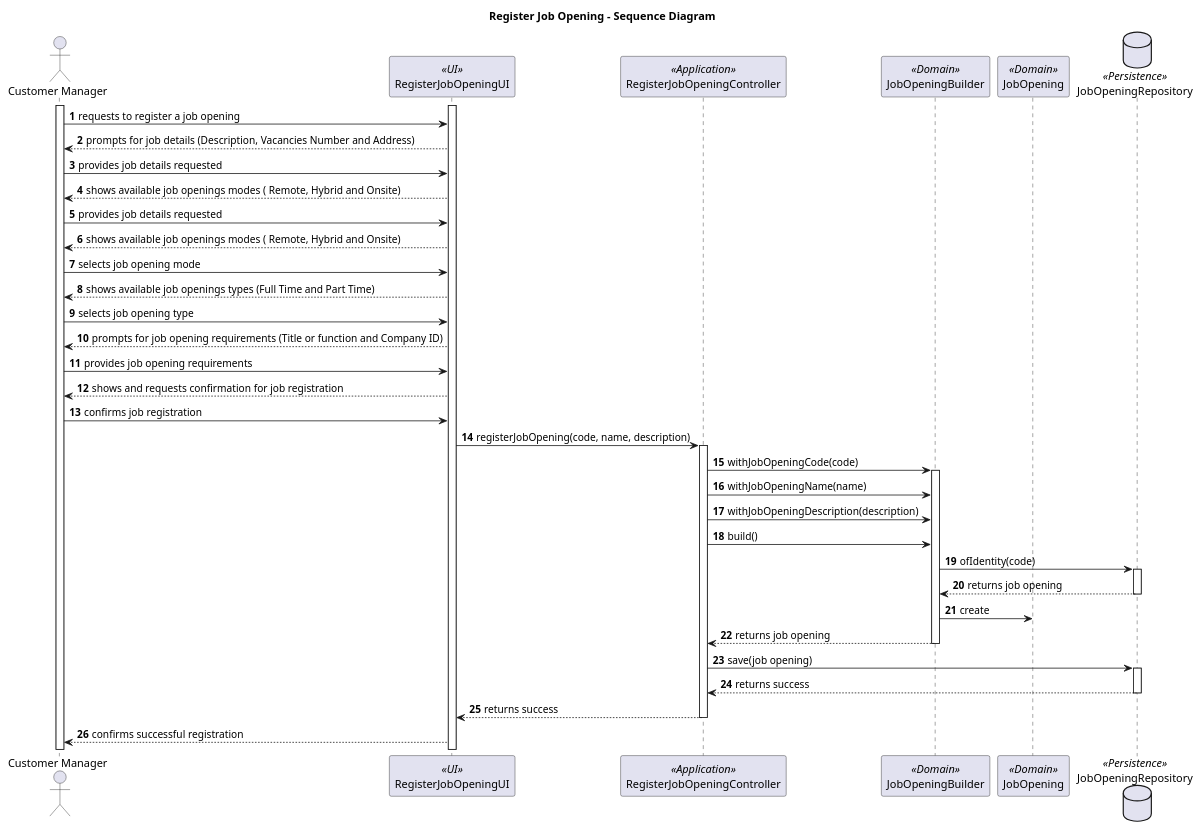
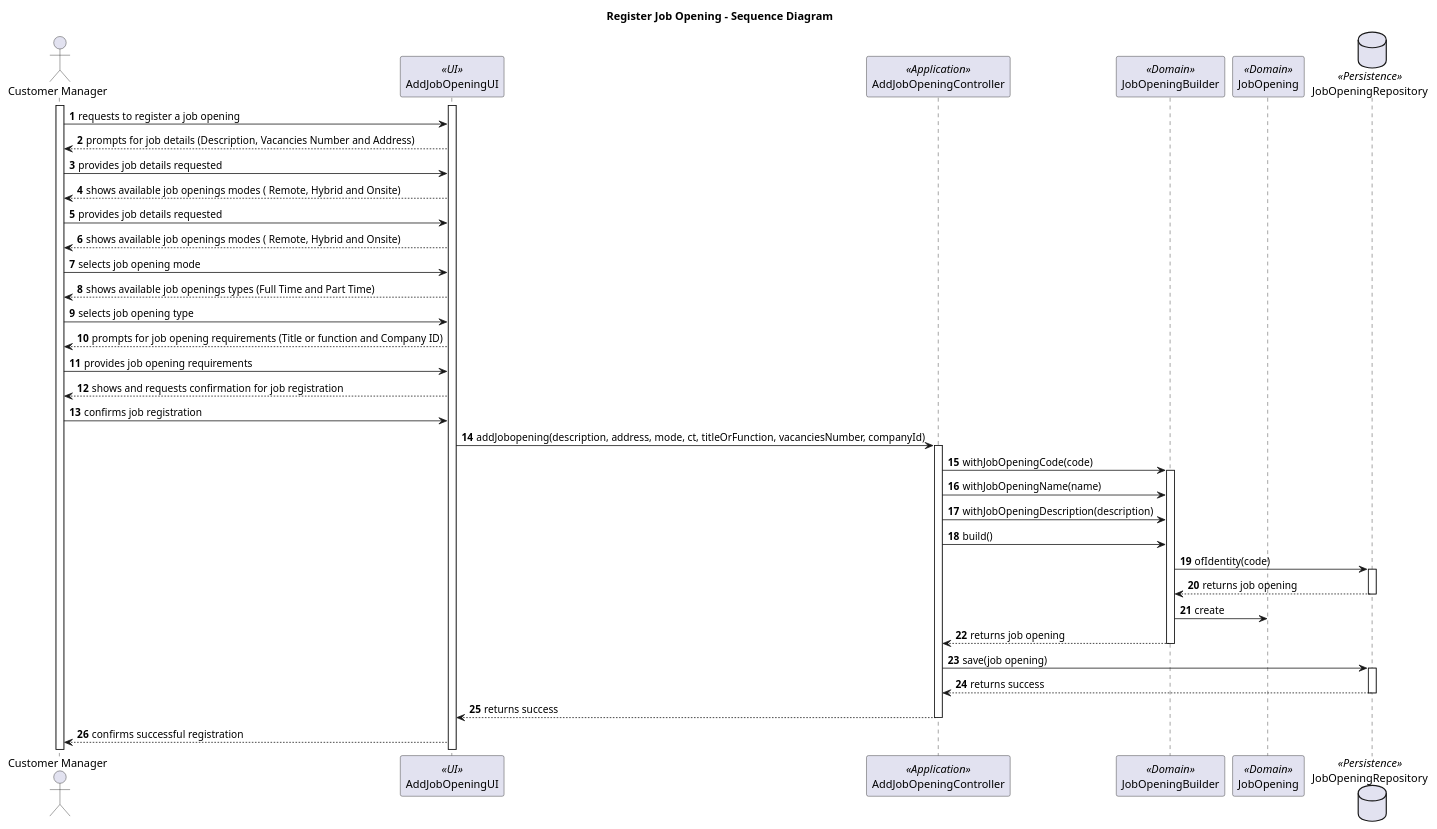
The diagram in docs/sprintB/1002/1002-sequence-diagram.puml (marcoferreira37/Lapr4), drawn with PlantUML before and after one commit. The commit also changed 4 other files, not shown here.

```diff
--- a/docs/sprintB/1002/1002-sequence-diagram.puml
+++ b/docs/sprintB/1002/1002-sequence-diagram.puml
@@ -1,73 +1,73 @@
 @startuml
 
 title Register Job Opening - Sequence Diagram
 
 autonumber
 actor "Customer Manager" as M
-participant RegisterJobOpeningUI as UI <<UI>>
-participant RegisterJobOpeningController as Controller <<Application>>
+participant AddJobOpeningUI  as UI <<UI>>
+participant AddJobOpeningController as Controller <<Application>>
 participant JobOpeningBuilder as JB <<Domain>>
 participant JobOpening as JO <<Domain>>
 database JobOpeningRepository as JRepo <<Persistence>>
 
 activate M
 activate UI
 
 M -> UI : requests to register a job opening
 
 UI --> M : prompts for job details (Description, Vacancies Number and Address)
 
 M -> UI : provides job details requested
 
 UI --> M :  shows available job openings modes ( Remote, Hybrid and Onsite)
 
 M -> UI : provides job details requested
 
 UI --> M : shows available job openings modes ( Remote, Hybrid and Onsite)
 
 M -> UI : selects job opening mode
 
 UI --> M : shows available job openings types (Full Time and Part Time)
 
 M -> UI : selects job opening type
 
 UI --> M :  prompts for job opening requirements (Title or function and Company ID)
 
 M -> UI : provides job opening requirements
 
 UI --> M : shows and requests confirmation for job registration
 
 M -> UI : confirms job registration
 
-UI -> Controller: registerJobOpening(code, name, description)
+UI -> Controller: addJobopening(description, address, mode, ct, titleOrFunction, vacanciesNumber, companyId)
 
 activate Controller
 
 Controller -> JB: withJobOpeningCode(code)
 activate JB
 Controller -> JB: withJobOpeningName(name)
 Controller -> JB: withJobOpeningDescription(description)
 Controller -> JB: build()
 
 JB -> JRepo: ofIdentity(code)
 activate JRepo
 
 JRepo --> JB: returns job opening
 deactivate JRepo
 JB -> JO: create
 JB --> Controller: returns job opening
 deactivate JB
 
 
 
 Controller -> JRepo: save(job opening)
 activate JRepo
 
 JRepo --> Controller: returns success
 deactivate JRepo
 Controller --> UI: returns success
 deactivate Controller
 
 UI --> M: confirms successful registration
 
 @enduml
```
